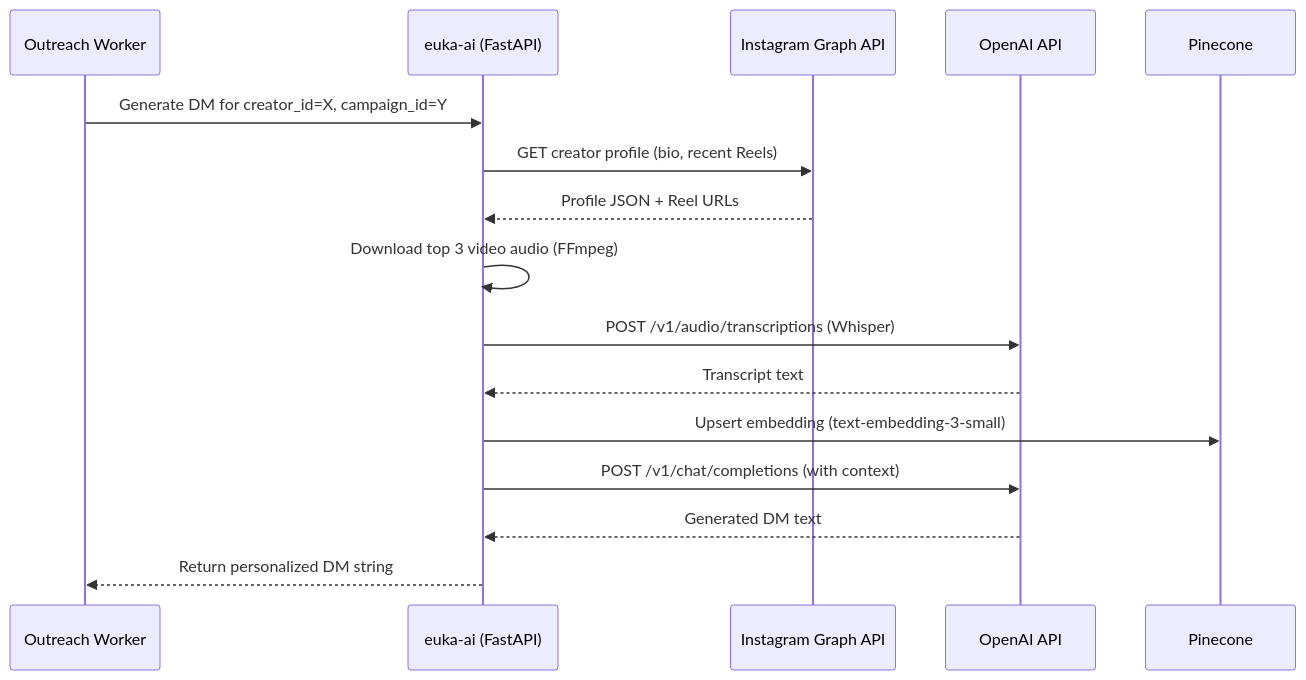
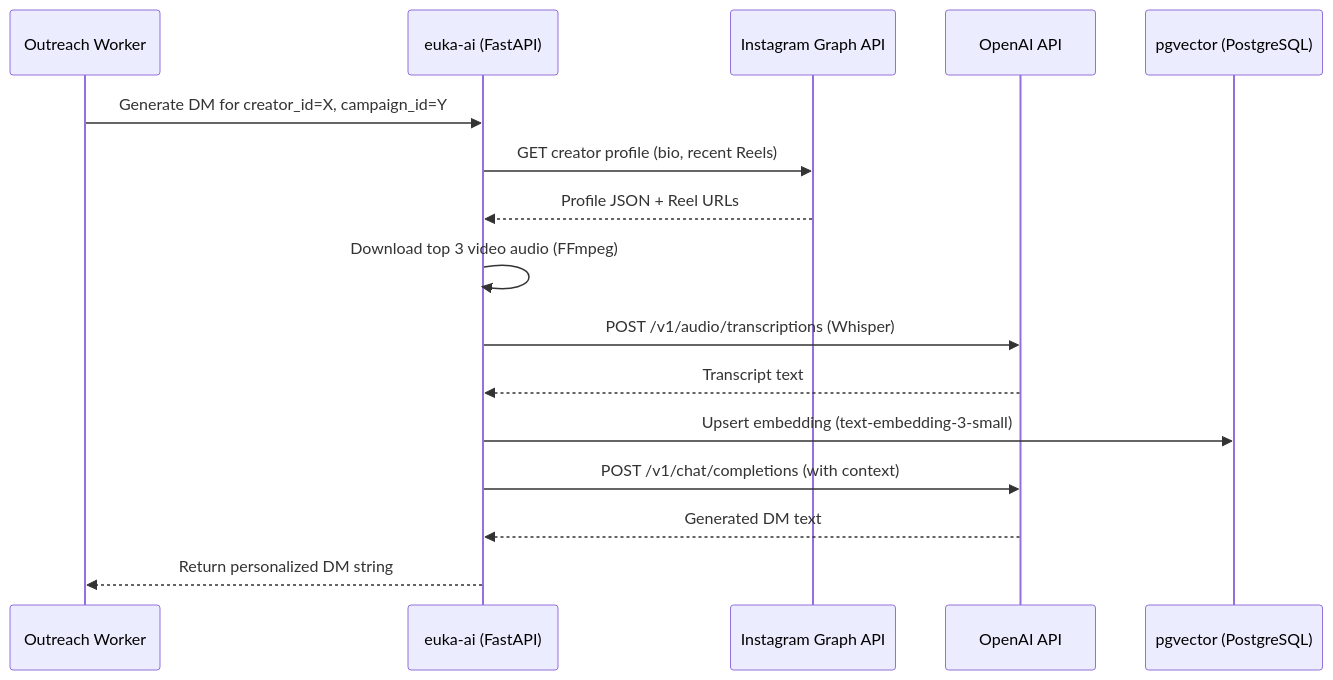
One commit to sushant18072002/ideas_docs changed the diagram in docs/06_ai_and_integrations.md. Above: the diagram before and after it, drawn with Mermaid. The commit also changed other lines of this file and 7 other files, not shown here.

````diff
--- a/docs/06_ai_and_integrations.md
+++ b/docs/06_ai_and_integrations.md
@@ -12,19 +12,19 @@
 ```mermaid
 sequenceDiagram
     participant W as Outreach Worker
     participant AI as euka-ai (FastAPI)
     participant IG as Instagram Graph API
     participant OAI as OpenAI API
-    participant PC as Pinecone
+    participant PG as pgvector (PostgreSQL)
     
     W->>AI: Generate DM for creator_id=X, campaign_id=Y
     AI->>IG: GET creator profile (bio, recent Reels)
     IG-->>AI: Profile JSON + Reel URLs
     AI->>AI: Download top 3 video audio (FFmpeg)
     AI->>OAI: POST /v1/audio/transcriptions (Whisper)
     OAI-->>AI: Transcript text
-    AI->>PC: Upsert embedding (text-embedding-3-small)
+    AI->>PG: Upsert embedding (text-embedding-3-small)
     AI->>OAI: POST /v1/chat/completions (with context)
     OAI-->>AI: Generated DM text
     AI-->>W: Return personalized DM string
 ```
````
